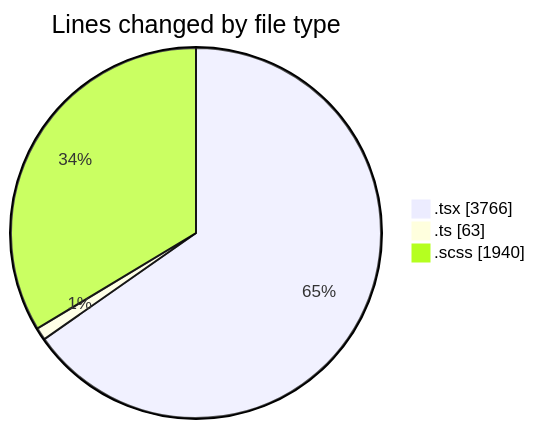
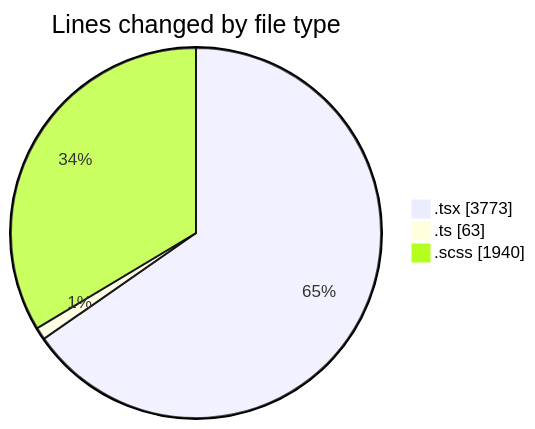
Before and after one commit to momahboobian/code-tracking: the first of 2 diagrams in 2025-04-02/cda/README.md, drawn with Mermaid. The commit also changed other lines of this file and 1 other file, not shown here.

````diff
--- a/2025-04-02/cda/README.md
+++ b/2025-04-02/cda/README.md
@@ -30,7 +30,7 @@
 ```mermaid
 pie showData
 title Lines changed by file type
-".tsx" : 3766
+".tsx" : 3773
 ".ts" : 63
 ".scss" : 1940
 ```
````
